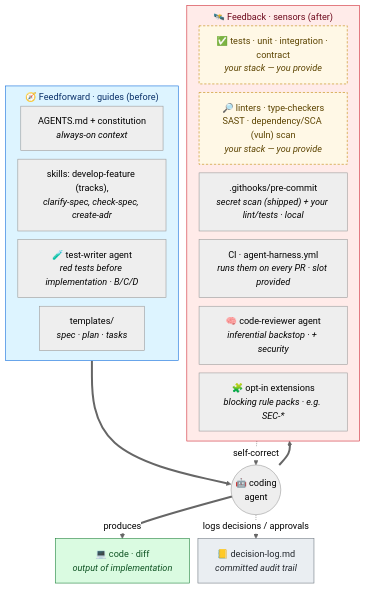
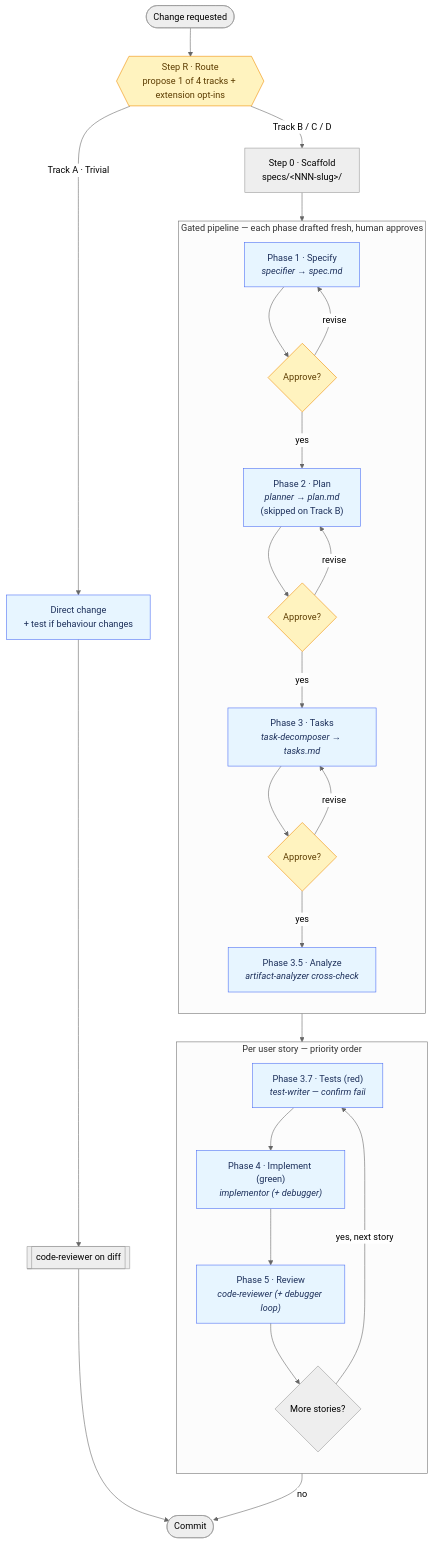
Before and after one commit to saptarshibasu/spec-driven-development: the second of 3 diagrams in README.md, drawn with Mermaid (neutral theme). The commit also changed other lines of this file and 24 other files, not shown here.

Commit message:
check-spec and clarify-spec hardened

````diff
--- a/README.md
+++ b/README.md
@@ -95,33 +125,41 @@
 ```mermaid
-%%{init: {'flowchart': {'nodeSpacing': 15, 'rankSpacing': 18, 'subGraphTitleMargin': {'top': 8, 'bottom': 10}}}}%%
-flowchart TB
-    subgraph FF["🧭 Feedforward · guides (before)"]
-        direction LR
-        A["AGENTS.md + constitution<br/><i>always-on context</i>"]
-        SK["skills: develop-feature (tracks),<br/><i>clarify-spec, check-spec, create-adr</i>"]
-        TW["🧪 test-writer agent<br/><i>red tests before implementation · B/C/D</i>"]
-        TPL["templates/<br/><i>spec · plan · tasks</i>"]
+flowchart TD
+    START([Change requested]) --> R{{"Step R · Route<br/>propose 1 of 4 tracks + extension opt-ins"}}
+
+    R -->|"Track A · Trivial"| A["Direct change<br/>+ test if behaviour changes"]
+    A --> ARV[["code-reviewer on diff"]]
+    ARV --> DONE([Commit])
+
+    R -->|"Track B / C / D"| S0["Step 0 · Scaffold<br/>specs/&lt;NNN-slug&gt;/"]
+    S0 --> P1
+
+    subgraph GATED["Gated pipeline — each phase drafted fresh, human approves"]
+        direction TB
+        P1["Phase 1 · Specify<br/><i>specifier → spec.md</i>"] --> G1{Approve?}
+        G1 -->|revise| P1
+        G1 -->|yes| P2["Phase 2 · Plan<br/><i>planner → plan.md</i><br/>(skipped on Track B)"]
+        P2 --> G2{Approve?}
+        G2 -->|revise| P2
+        G2 -->|yes| P3["Phase 3 · Tasks<br/><i>task-decomposer → tasks.md</i>"]
+        P3 --> G3{Approve?}
+        G3 -->|revise| P3
+        G3 -->|yes| P35["Phase 3.5 · Analyze<br/><i>artifact-analyzer cross-check</i>"]
     end
-    subgraph FB["🛰️ Feedback · sensors (after)"]
-        direction LR
-        TS["✅ tests · unit · integration · contract<br/><i>your stack — you provide</i>"]:::byo
-        SA["🔎 linters · type-checkers<br/>SAST · dependency/SCA (vuln) scan<br/><i>your stack — you provide</i>"]:::byo
-        HK[".githooks/pre-commit<br/><i>secret scan (shipped) + your lint/tests · local</i>"]
-        CI["CI · agent-harness.yml<br/><i>runs them on every PR · slot provided</i>"]
-        AG["🧠 code-reviewer agent<br/><i>inferential backstop · + security</i>"]
-        EX["🧩 opt-in extensions<br/><i>blocking rule packs · e.g. SEC-*</i>"]
+
+    P35 --> LOOP
+
+    subgraph LOOP["Per user story — priority order"]
+        direction TB
+        T["Phase 3.7 · Tests (red)<br/><i>test-writer — confirm fail</i>"] --> I["Phase 4 · Implement (green)<br/><i>implementor (+ debugger)</i>"]
+        I --> RV["Phase 5 · Review<br/><i>code-reviewer (+ debugger loop)</i>"]
+        RV --> MORE{More stories?}
+        MORE -->|yes, next story| T
     end
-    FF ==> AGENT(("🤖 coding<br/>agent"))
-    AGENT ==> FB
-    AGENT ==>|produces| CODE["💻 code · diff<br/><i>output of implementation</i>"]:::out
-    FB -. self-correct .-> AGENT
-    AGENT -. logs decisions / approvals .-> DL2["📒 decision-log.md<br/><i>committed audit trail</i>"]:::cont
 
-    classDef ff fill:#ddf4ff,stroke:#0969da,color:#0a3069
-    classDef fb fill:#ffebe9,stroke:#cf222e,color:#6e0a1e
-    classDef cont fill:#eaeef2,stroke:#6e7781,color:#24292f
-    classDef byo fill:#fff8e6,stroke:#bf8700,color:#5c4400,stroke-dasharray:4 3
-    classDef out fill:#dafbe1,stroke:#1a7f37,color:#0f5323
-    class FF ff
-    class FB fb
+    MORE -->|no| DONE
+
+    classDef gate fill:#fff3bf,stroke:#f08c00,color:#5c3c00;
+    classDef phase fill:#e7f5ff,stroke:#4c6ef5,color:#1c2f5a;
+    class G1,G2,G3,R gate;
+    class P1,P2,P3,P35,T,I,RV,A phase;
 ```
````
